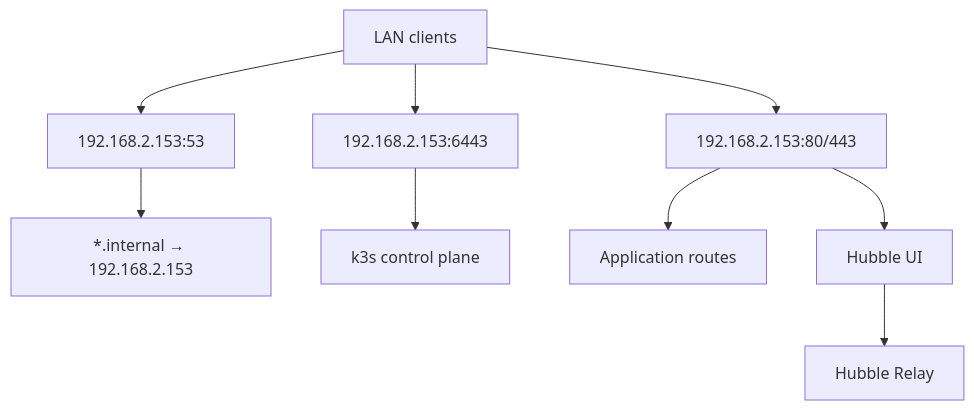
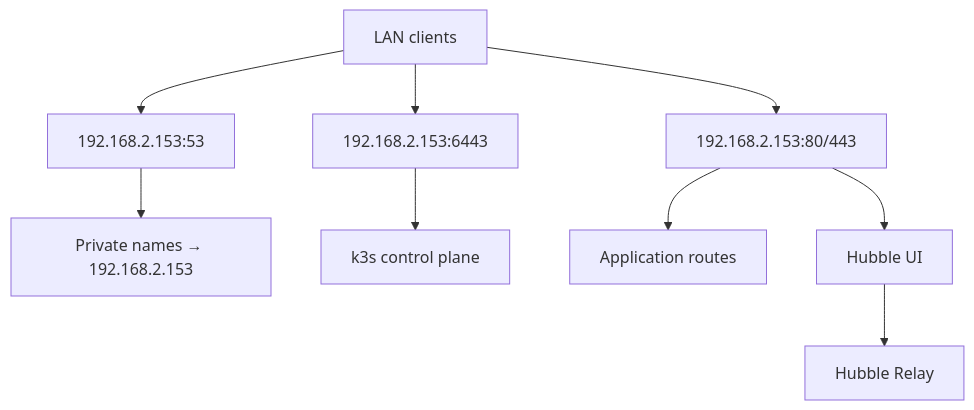
The diagram in docs/design.md (Sebastian-Nowaczyk-Elektrorecykling/minimum-k8s-net-elektro), drawn with Mermaid before and after one commit. The commit also changed other lines of this file and 13 other files, not shown here.

````diff
--- a/docs/design.md
+++ b/docs/design.md
@@ -3,11 +3,11 @@
 ```mermaid
 flowchart TD
   LAN[LAN clients] --> DNS["192.168.2.153:53"]
-  DNS --> Names["*.internal → 192.168.2.153"]
+  DNS --> Names["Private names → 192.168.2.153"]
   LAN --> API["192.168.2.153:6443"]
   API --> K3s[k3s control plane]
   LAN --> Gateway["192.168.2.153:80/443"]
   Gateway --> Apps[Application routes]
   Gateway --> Hubble[Hubble UI]
   Hubble --> Relay[Hubble Relay]
 ```
````
